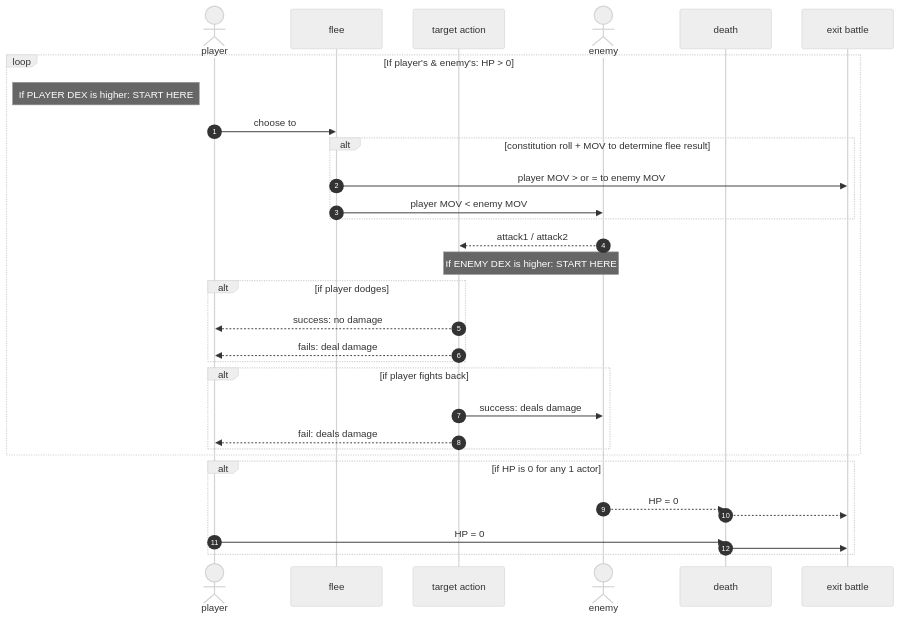
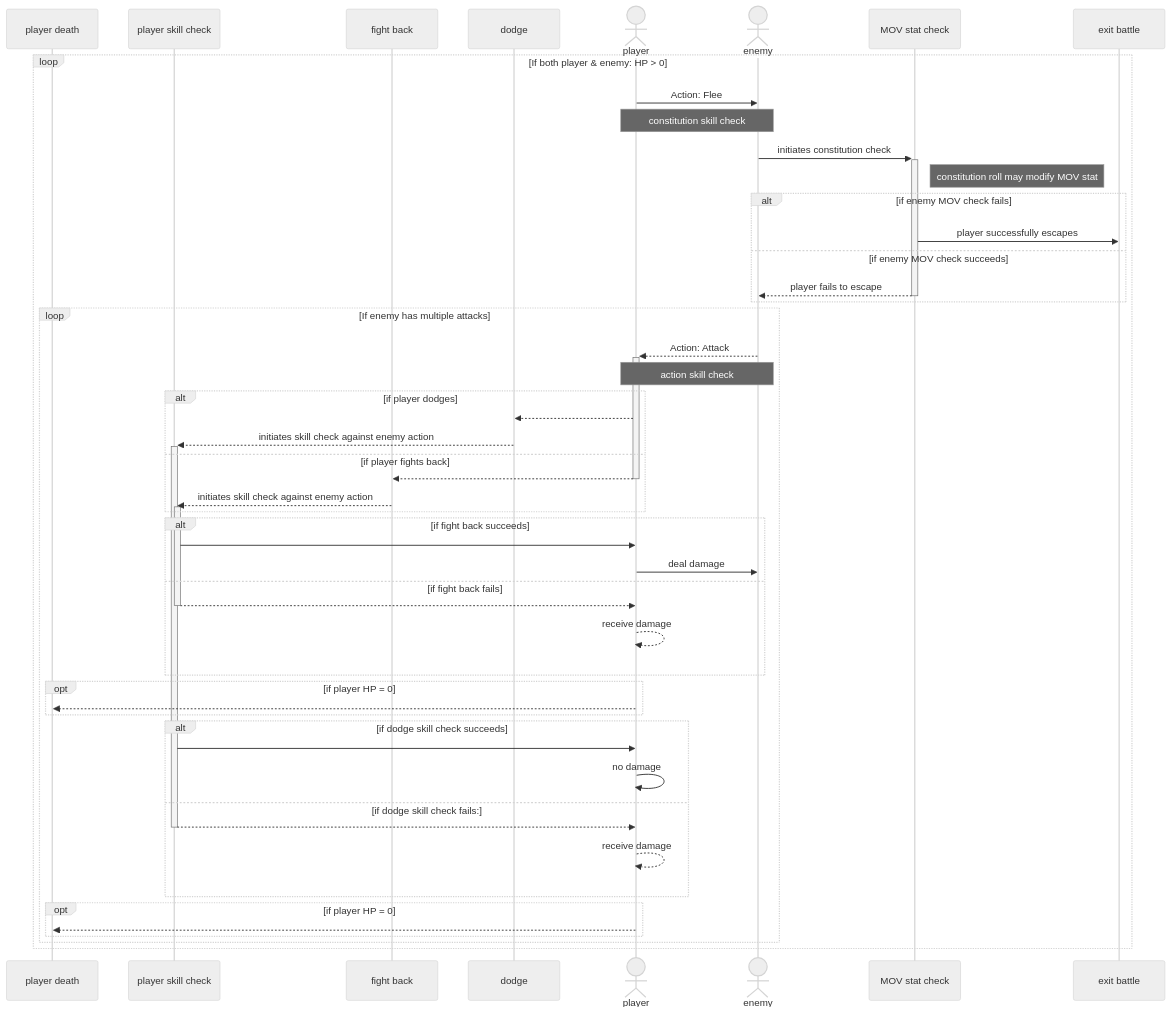
One commit to rolling-sagas/rs-doc changed the diagram in battle_system/rs_battle_flee_flow_sequence_diagram.md. Above: the diagram before and after it, drawn with Mermaid (neutral theme). The commit also changed 4 other files, not shown here.

Commit message:
Made adjustments based on Aspirins feedback on the diagrams. Made adjustments on README doc too.

````diff
--- a/battle_system/rs_battle_flee_flow_sequence_diagram.md
+++ b/battle_system/rs_battle_flee_flow_sequence_diagram.md
@@ -5,35 +5,58 @@
 ```mermaid
     sequenceDiagram
-    autonumber
+    participant player death
+    participant player skill check
+    participant fight back
+    participant dodge
     actor player
-    participant flee
-    participant target action
     actor enemy
-    participant death
+    participant MOV stat check
     participant exit battle
+    
 
-    loop If player's & enemy's: HP > 0
-        note left of player: If PLAYER DEX is higher: START HERE
-        player->>flee: choose to
-        alt constitution roll + MOV to determine flee result 
-        flee->>exit battle: player MOV > or = to enemy MOV
-        flee->>enemy: player MOV < enemy MOV
-        end
-        enemy-->>target action: attack1 / attack2
-        note over enemy, target action: If ENEMY DEX is higher: START HERE
-        alt if player dodges
-        target action-->>player: success: no damage
-        target action-->>player: fails: deal damage
-        end
-        alt if player fights back
-        target action->>enemy: success: deals damage
-        target action-->>player: fail: deals damage
-        end
+loop If both player & enemy: HP > 0
+    player->>enemy: Action: Flee
+    note over player, enemy: constitution skill check
+    enemy->>+ MOV stat check: initiates constitution check
+    note right of MOV stat check: constitution roll may modify MOV stat
+    alt if enemy MOV check fails
+    MOV stat check->> exit battle: player successfully escapes
+    else if enemy MOV check succeeds
+    MOV stat check-->>- enemy: player fails to escape
     end
-    alt if HP is 0 for any 1 actor
-    enemy-->>death: HP = 0
-    death-->>exit battle: 
-    player->>death: HP = 0
-    death->>exit battle: 
+
+loop If enemy has multiple attacks
+    enemy-->>+player: Action: Attack
+    note over enemy, player: action skill check
+    alt if player dodges
+    player-->> dodge: 
+    dodge-->>+ player skill check: initiates skill check against enemy action
+    else if player fights back
+    player-->>- fight back: 
+    fight back-->>+ player skill check: initiates skill check against enemy action
     end
+
+    alt if fight back succeeds
+    player skill check->> player: 
+    player->> enemy: deal damage
+    else if fight back fails
+    player skill check-->>- player: 
+    player-->> player: receive damage 
+    end
+    opt if player HP = 0
+    player-->> player death: 
+    end
+
+    alt if dodge skill check succeeds 
+    player skill check->>player: 
+    player->> player: no damage
+    else if dodge skill check fails: 
+    player skill check-->>-player: 
+    player-->>player: receive damage
+    end
+    opt if player HP = 0
+    player-->> player death: 
+    end
+end
+end
 ```
````
